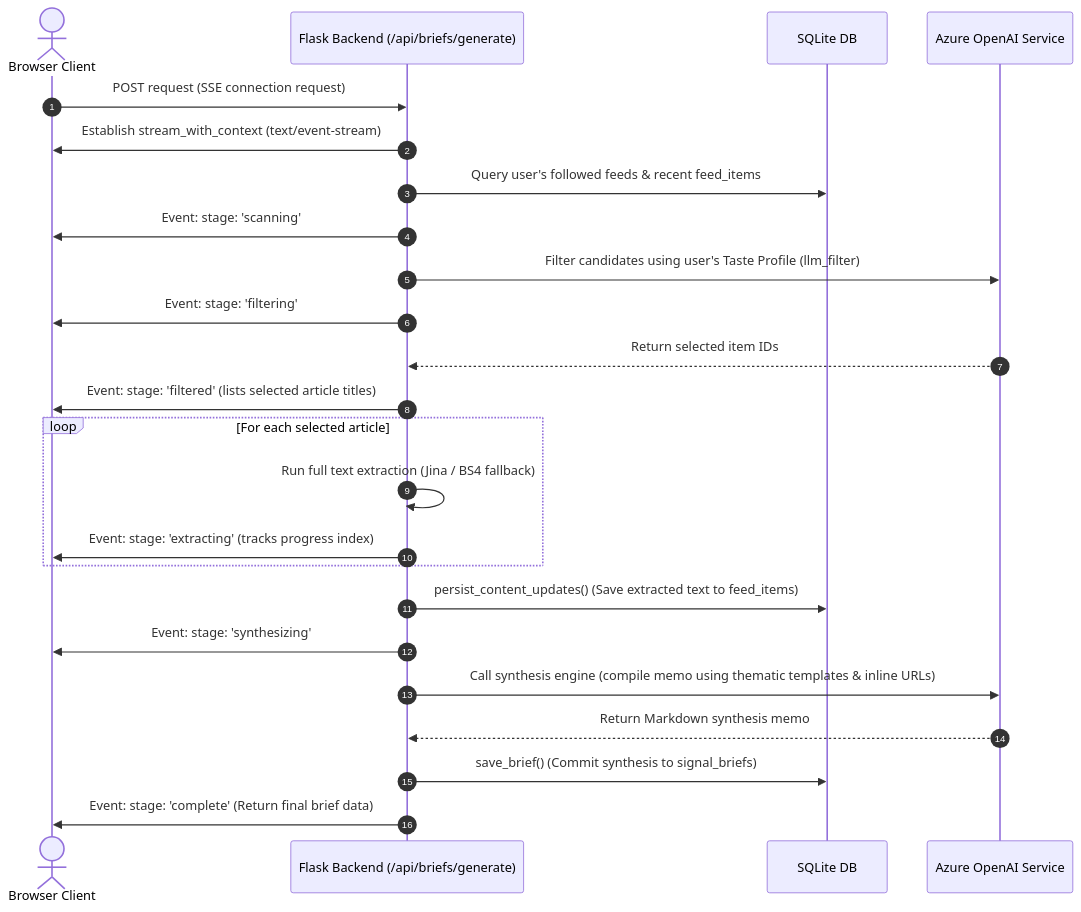
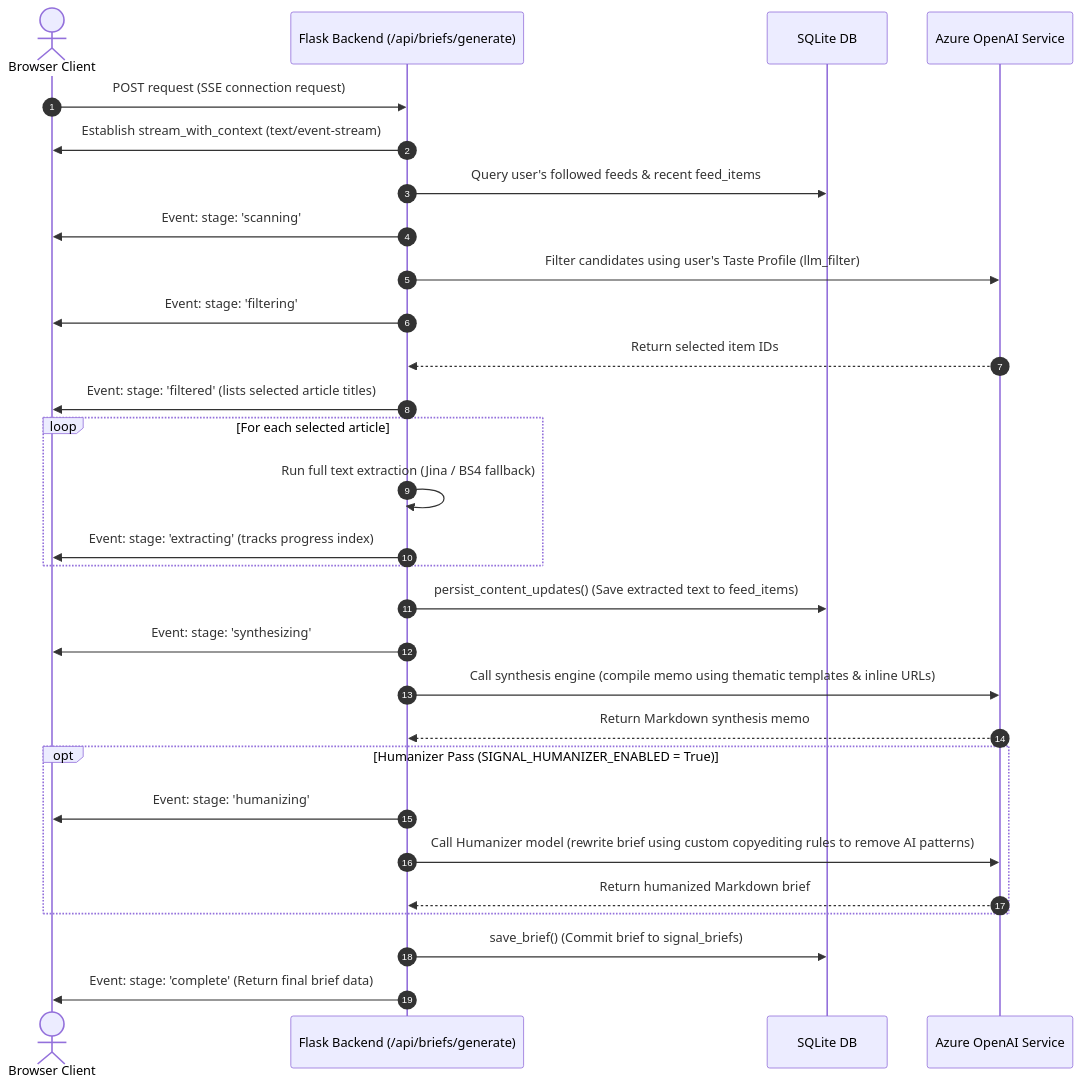
The fourth of 4 diagrams in ARCHITECTURE.md (sarathavasarala/markly), drawn with Mermaid before and after one commit. The commit also changed 13 other files, not shown here.

````diff
--- a/ARCHITECTURE.md
+++ b/ARCHITECTURE.md
@@ -202,27 +202,32 @@
 ```mermaid
 sequenceDiagram
     autonumber
     actor User as Browser Client
     participant BE as Flask Backend (/api/briefs/generate)
     participant DB as SQLite DB
     participant AI as Azure OpenAI Service
 
     User->>BE: POST request (SSE connection request)
     BE->>User: Establish stream_with_context (text/event-stream)
     BE->>DB: Query user's followed feeds & recent feed_items
     BE->>User: Event: stage: 'scanning'
     BE->>AI: Filter candidates using user's Taste Profile (llm_filter)
     BE->>User: Event: stage: 'filtering'
     AI-->>BE: Return selected item IDs
     BE->>User: Event: stage: 'filtered' (lists selected article titles)
     loop For each selected article
         BE->>BE: Run full text extraction (Jina / BS4 fallback)
         BE->>User: Event: stage: 'extracting' (tracks progress index)
     end
     BE->>DB: persist_content_updates() (Save extracted text to feed_items)
     BE->>User: Event: stage: 'synthesizing'
     BE->>AI: Call synthesis engine (compile memo using thematic templates & inline URLs)
     AI-->>BE: Return Markdown synthesis memo
-    BE->>DB: save_brief() (Commit synthesis to signal_briefs)
+    opt Humanizer Pass (SIGNAL_HUMANIZER_ENABLED = True)
+        BE->>User: Event: stage: 'humanizing'
+        BE->>AI: Call Humanizer model (rewrite brief using custom copyediting rules to remove AI patterns)
+        AI-->>BE: Return humanized Markdown brief
+    end
+    BE->>DB: save_brief() (Commit brief to signal_briefs)
     BE->>User: Event: stage: 'complete' (Return final brief data)
 ```
````
